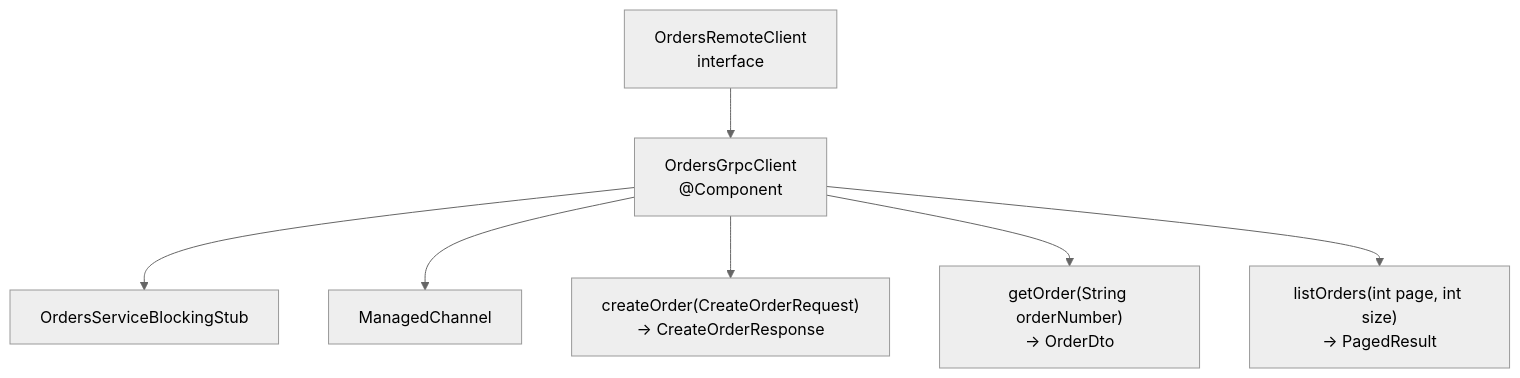
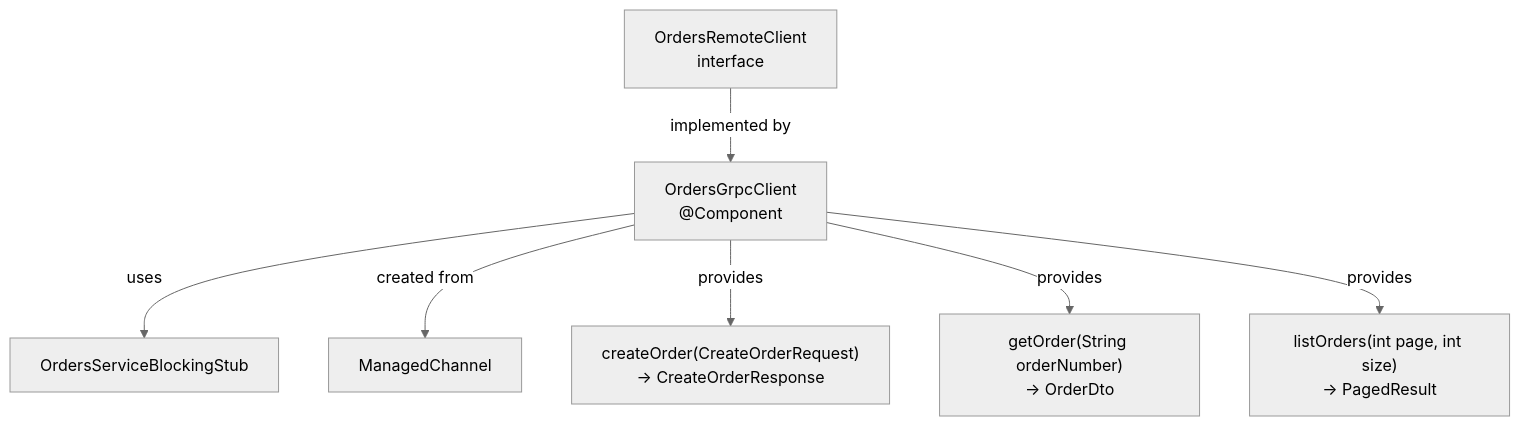
Before and after one commit to philipz/spring-modular-monolith: the third of 11 diagrams in docs/deepwiki/gRPC-Infrastructure.md, drawn with Mermaid (neutral theme). The commit also changed other lines of this file and 55 other files, not shown here.

````diff
--- a/docs/deepwiki/gRPC-Infrastructure.md
+++ b/docs/deepwiki/gRPC-Infrastructure.md
@@ -177,18 +177,18 @@
 ```mermaid
 flowchart TD
 
 OrdersRemoteClient["OrdersRemoteClient<br>interface"]
 OrdersGrpcClient["OrdersGrpcClient<br>@Component"]
 BlockingStub["OrdersServiceBlockingStub"]
 ManagedChannel["ManagedChannel"]
 CreateOrder["createOrder(CreateOrderRequest)<br>→ CreateOrderResponse"]
 GetOrder["getOrder(String orderNumber)<br>→ OrderDto"]
 ListOrders["listOrders(int page, int size)<br>→ PagedResult<OrderView>"]
 
-OrdersRemoteClient --> OrdersGrpcClient
-OrdersGrpcClient --> BlockingStub
-OrdersGrpcClient --> ManagedChannel
-OrdersGrpcClient --> CreateOrder
-OrdersGrpcClient --> GetOrder
-OrdersGrpcClient --> ListOrders
+OrdersRemoteClient -->|"implemented by"| OrdersGrpcClient
+OrdersGrpcClient -->|"uses"| BlockingStub
+OrdersGrpcClient -->|"created from"| ManagedChannel
+OrdersGrpcClient -->|"provides"| CreateOrder
+OrdersGrpcClient -->|"provides"| GetOrder
+OrdersGrpcClient -->|"provides"| ListOrders
 ```
````
